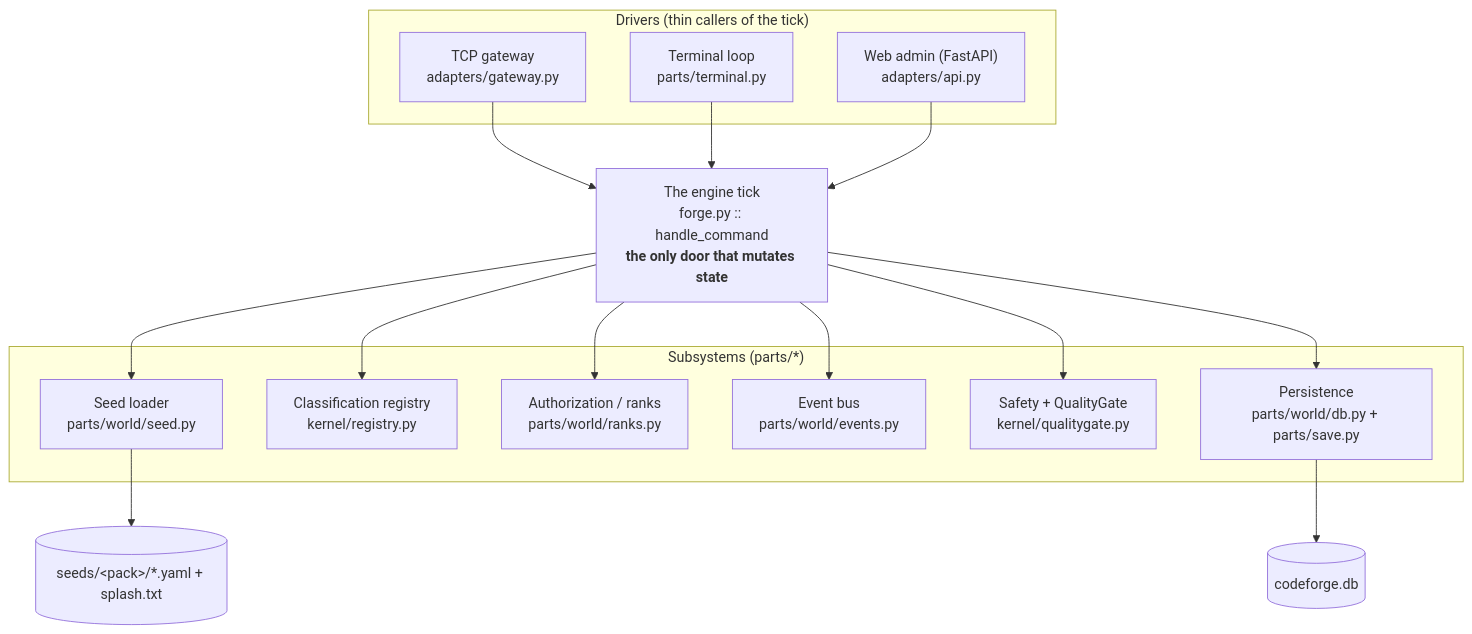
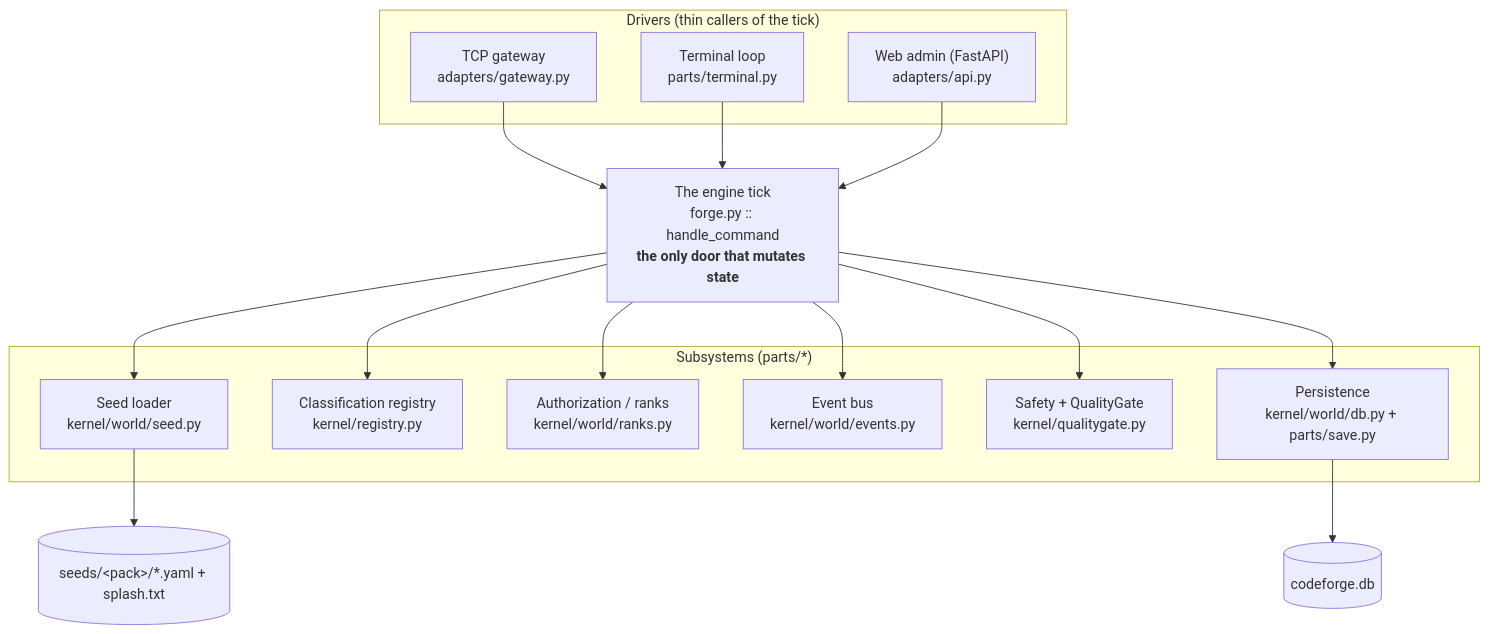
Before and after one commit to MatrymLabs/codeforge: the second of 2 diagrams in docs/architecture_c4.md, drawn with Mermaid. The commit also changed other lines of this file and 607 other files, not shown here.

First line of the commit message:
refactor(structure): §2 batch 7 - the World Package -> kernel/world/

````diff
--- a/docs/architecture_c4.md
+++ b/docs/architecture_c4.md
@@ -39,34 +39,34 @@
 ```mermaid
 flowchart TB
     subgraph drivers["Drivers (thin callers of the tick)"]
         tcp["TCP gateway<br/>adapters/gateway.py"]
         term["Terminal loop<br/>parts/terminal.py"]
         web["Web admin (FastAPI)<br/>adapters/api.py"]
     end
 
     tick["The engine tick<br/>forge.py :: handle_command<br/><b>the only door that mutates state</b>"]
 
     subgraph subsystems["Subsystems (parts/*)"]
-        seedloader["Seed loader<br/>parts/world/seed.py"]
+        seedloader["Seed loader<br/>kernel/world/seed.py"]
         registry["Classification registry<br/>kernel/registry.py"]
-        ranks["Authorization / ranks<br/>parts/world/ranks.py"]
-        events["Event bus<br/>parts/world/events.py"]
+        ranks["Authorization / ranks<br/>kernel/world/ranks.py"]
+        events["Event bus<br/>kernel/world/events.py"]
         quality["Safety + QualityGate<br/>kernel/qualitygate.py"]
-        persistence["Persistence<br/>parts/world/db.py + parts/save.py"]
+        persistence["Persistence<br/>kernel/world/db.py + parts/save.py"]
     end
 
     seedsdata[("seeds/&lt;pack&gt;/*.yaml + splash.txt")]
     dbfile[("codeforge.db")]
 
     tcp --> tick
     term --> tick
     web --> tick
     tick --> ranks
     tick --> registry
     tick --> events
     tick --> quality
     tick --> seedloader
     seedloader --> seedsdata
     tick --> persistence
     persistence --> dbfile
 ```
````
